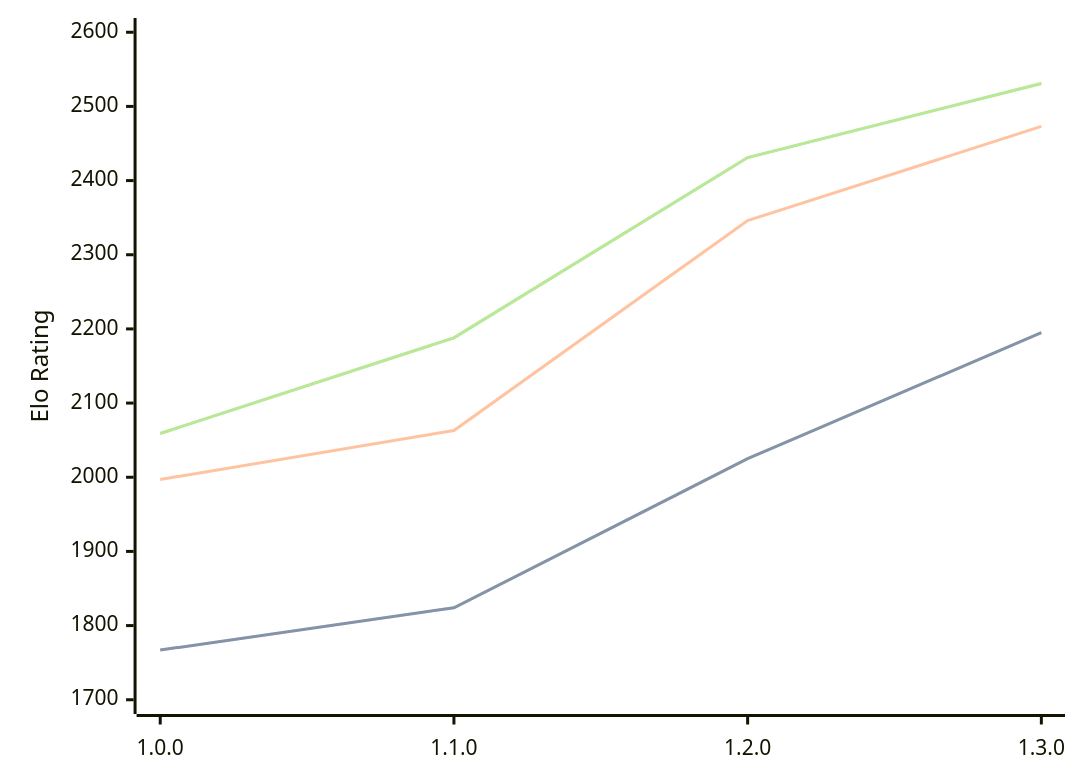
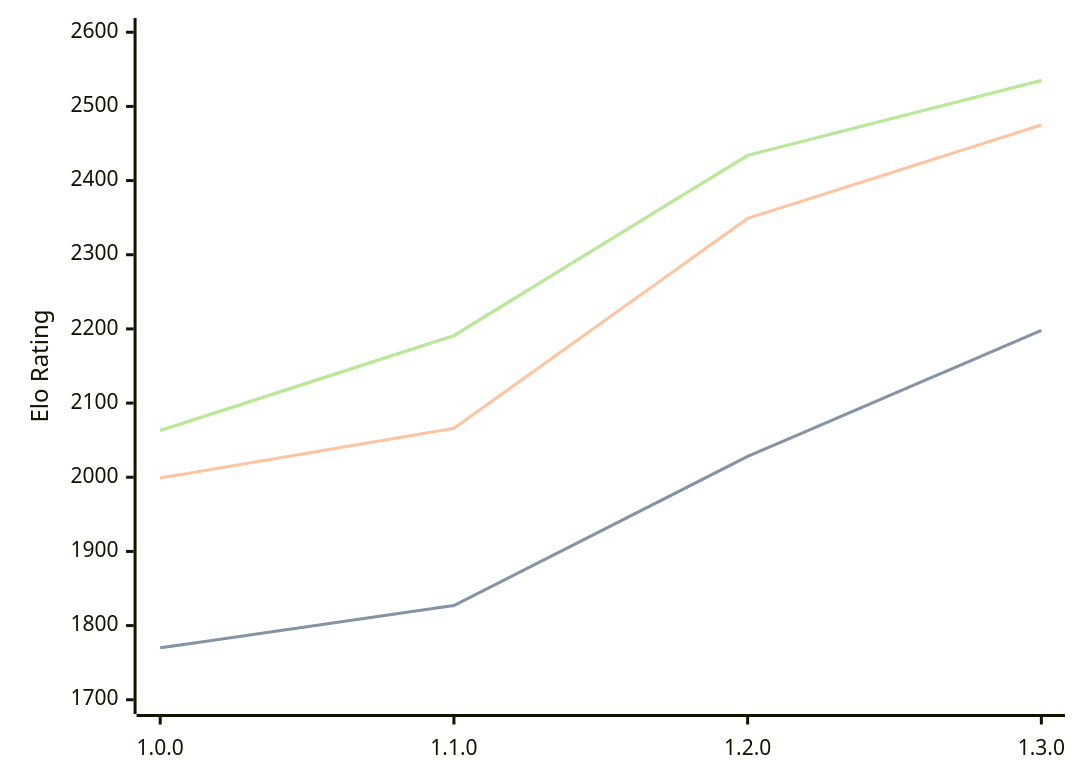
The diagram in engines/Anodos.md (computer-chess-index/cci), drawn with Mermaid before and after one commit. The commit also changed other lines of this file, not shown here.

Commit message:
Update CCI Ratings (ELO VLTC) - 2026-04-30

````diff
--- a/engines/Anodos.md
+++ b/engines/Anodos.md
@@ -45,11 +45,11 @@
 ```mermaid
 %%{init: {"theme":"base","themeVariables":{"seriesColors:['#a3a3a3','#222221','#faa371']}}}%%
 xychart-beta
   x-axis ["1.0.0", "1.1.0", "1.2.0", "1.3.0"]
   y-axis "Elo Rating" 1700 --> 2600
-  line "STC (8.0+0.08s)" [1767, 1824, 2025, 2195]
-  line "STC (8.0+0.08s)" [1767, 1824, 2025, 2195]
-  line "LTC (60.0+0.60s)" [1997, 2063, 2346, 2473]
-  line "VLTC (2m24s+1.12s)" [2059, 2188, 2431, 2531]
-  line "VLTC (2m24s+1.12s)" [2059, 2188, 2431, 2531]
+  line "STC (8.0+0.08s)" [1770, 1827, 2028, 2198]
+  line "STC (8.0+0.08s)" [1770, 1827, 2028, 2198]
+  line "LTC (60.0+0.60s)" [1999, 2066, 2349, 2475]
+  line "VLTC (2m24s+1.12s)" [2063, 2191, 2434, 2535]
+  line "VLTC (2m24s+1.12s)" [2063, 2191, 2434, 2535]
 ```
````
